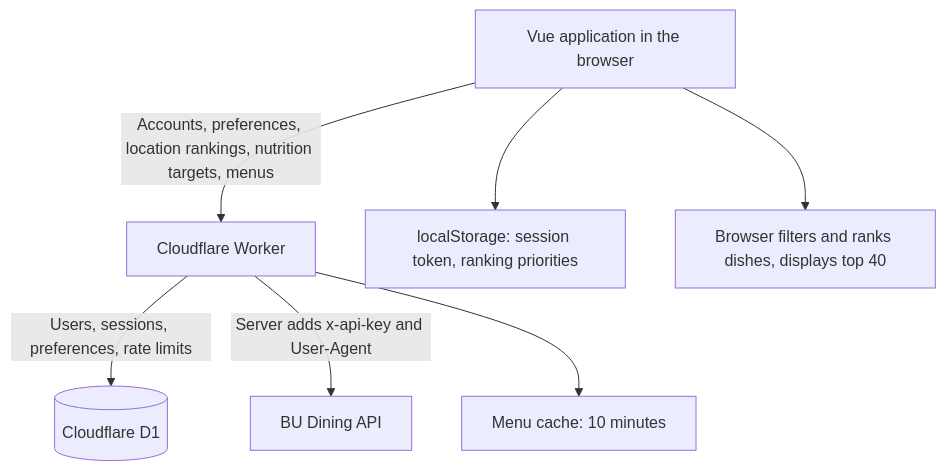
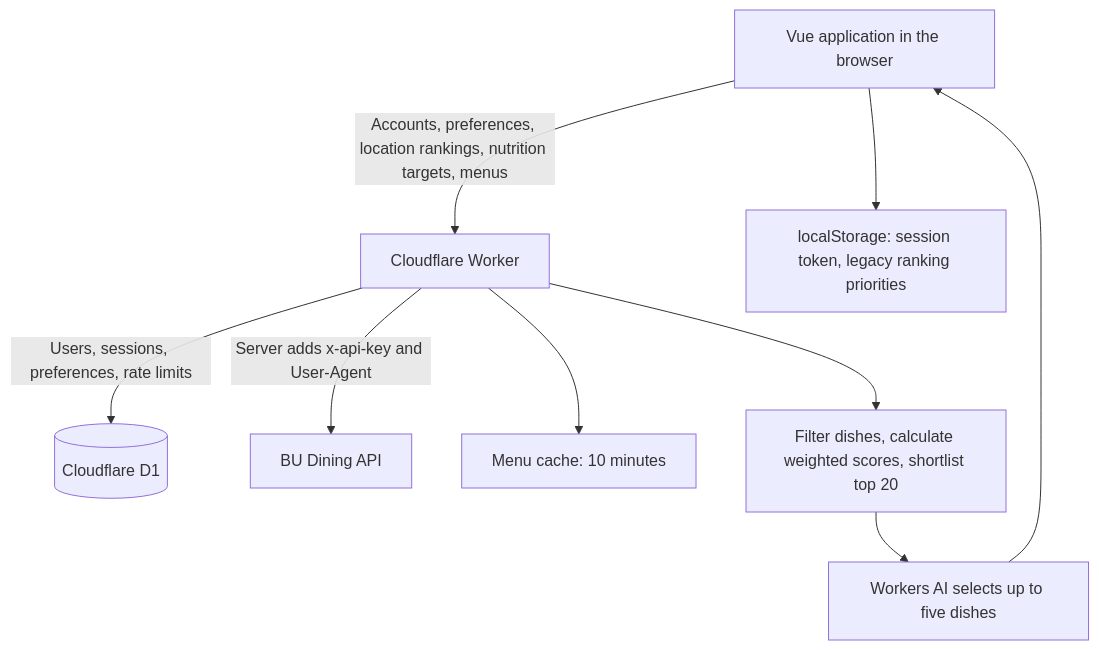
Before and after one commit to kamkamkamkjst824/DS-X-Hackathon-Project.github.io: the diagram in README.md, drawn with Mermaid. The commit also changed other lines of this file and 8 other files, not shown here.

Commit message:
Simplify nutrition targets and unify save-and-recommend flow

````diff
--- a/README.md
+++ b/README.md
@@ -33,9 +33,11 @@
 ```mermaid
 flowchart TD
     U[Vue application in the browser] -->|Accounts, preferences, location rankings, nutrition targets, menus| W[Cloudflare Worker]
     W -->|Users, sessions, preferences, rate limits| D[(Cloudflare D1)]
     W -->|Server adds x-api-key and User-Agent| B[BU Dining API]
     W --> C[Menu cache: 10 minutes]
-    U --> L[localStorage: session token, ranking priorities]
-    U --> R[Browser filters and ranks dishes, displays top 40]
+    U --> L[localStorage: session token, legacy ranking priorities]
+    W --> R[Filter dishes, calculate weighted scores, shortlist top 20]
+    R --> A[Workers AI selects up to five dishes]
+    A --> U
 ```
````
